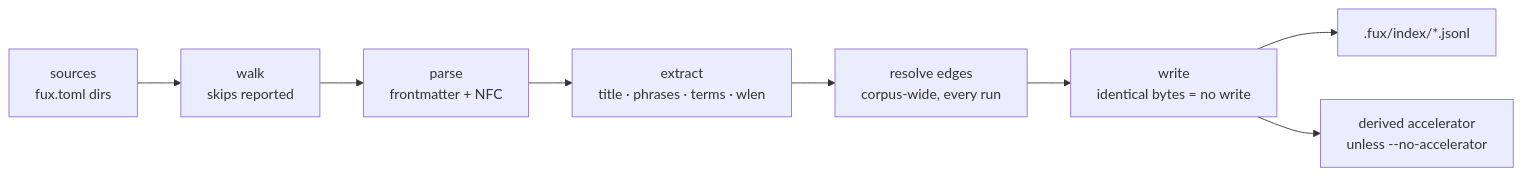
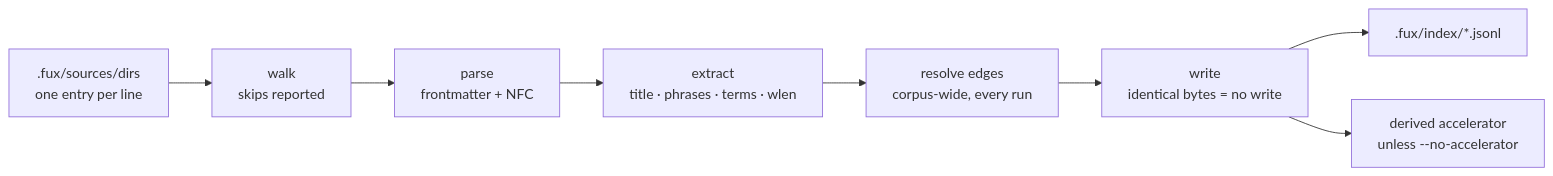
One commit to arpitarya/fux changed the diagram in docs/adr/0007_ingest.md. Above: the diagram before and after it, drawn with Mermaid. The commit also changed other lines of this file and 168 other files, not shown here.

````diff
--- a/docs/adr/0007_ingest.md
+++ b/docs/adr/0007_ingest.md
@@ -45,10 +45,10 @@
 ```mermaid
 flowchart LR
-    S["sources<br/>fux.toml dirs"] --> W["walk<br/>skips reported"]
+    S[".fux/sources/dirs<br/>one entry per line"] --> W["walk<br/>skips reported"]
     W --> P["parse<br/>frontmatter + NFC"]
     P --> X["extract<br/>title · phrases · terms · wlen"]
     X --> E["resolve edges<br/>corpus-wide, every run"]
     E --> WR["write<br/>identical bytes = no write"]
     WR --> I[".fux/index/*.jsonl"]
     WR --> D["derived accelerator<br/>unless --no-accelerator"]
 ```
````
